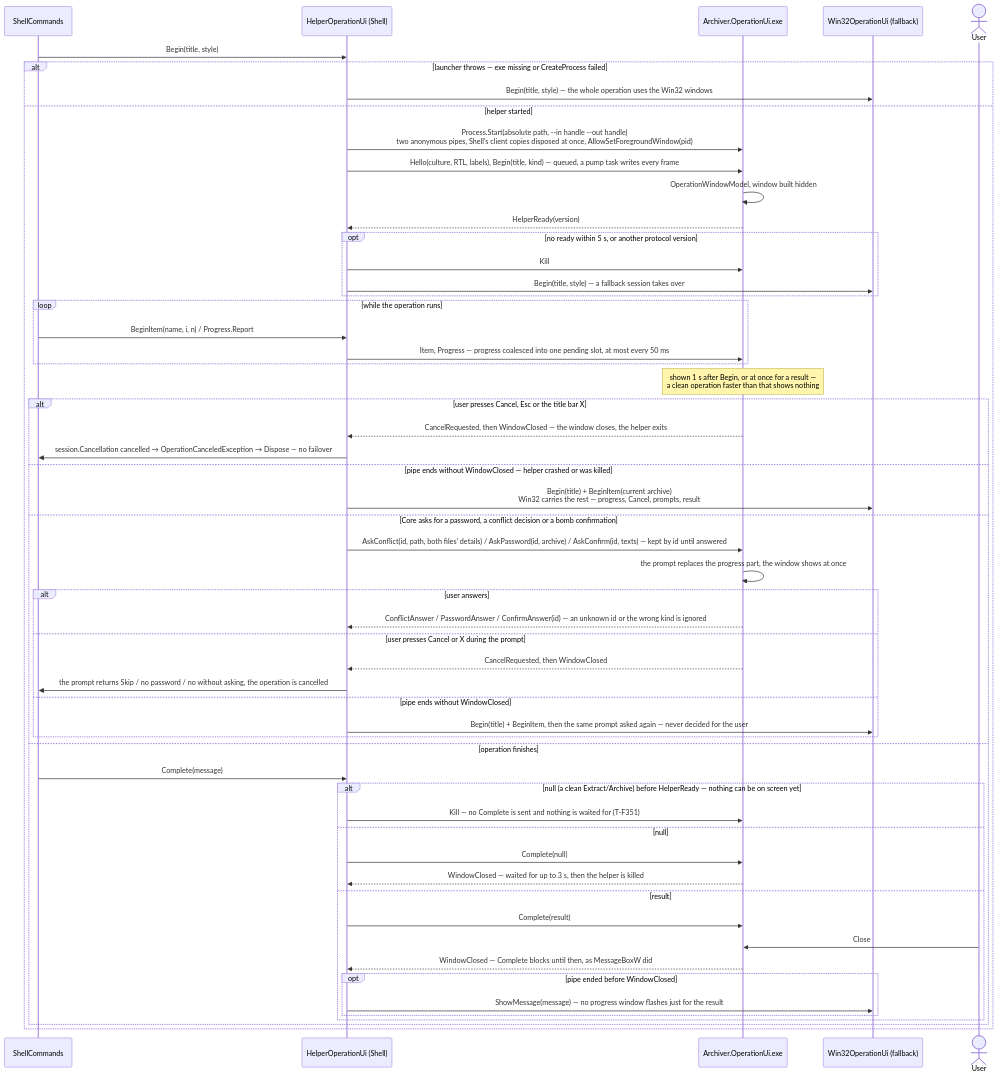
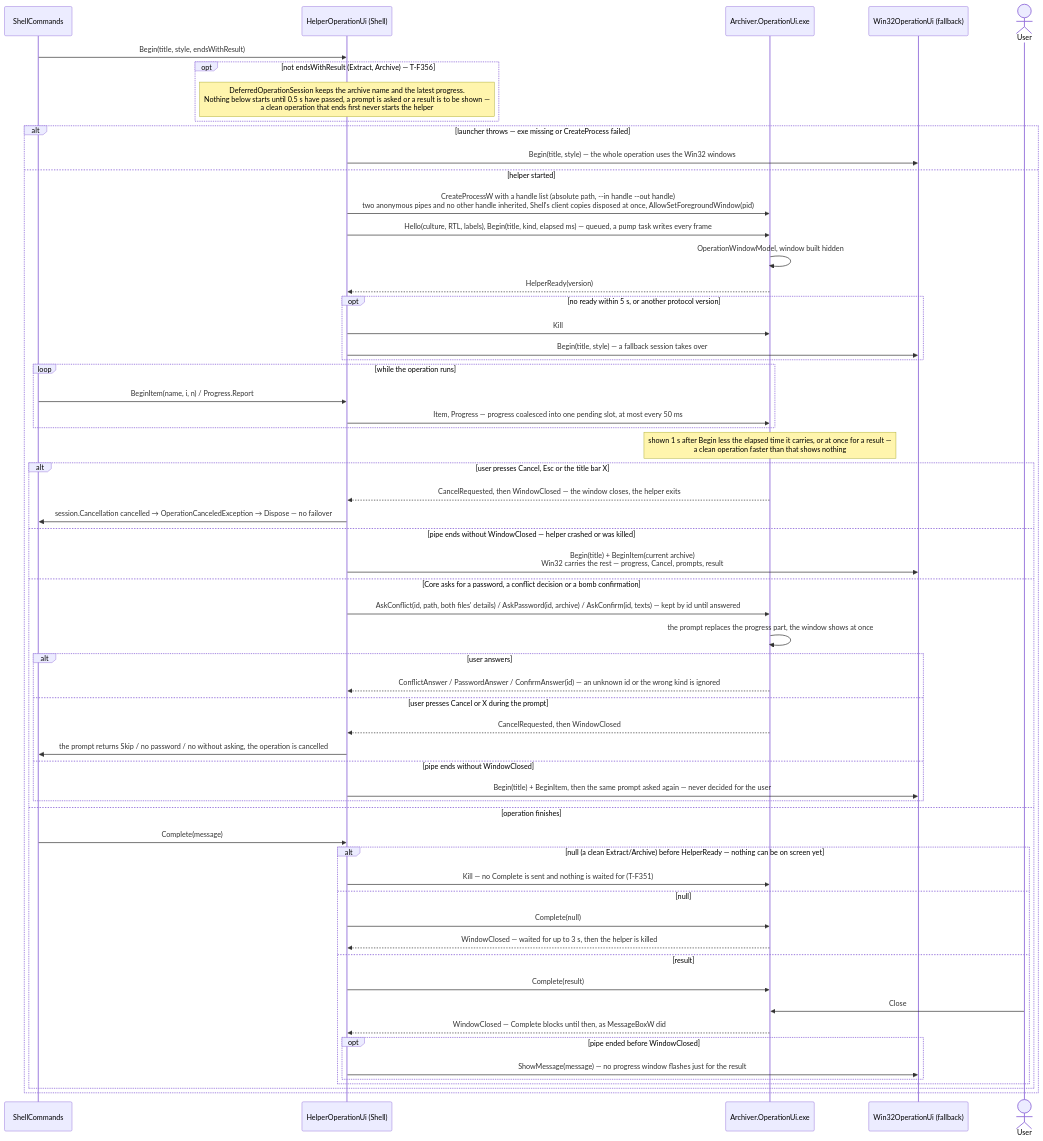
Before and after one commit to pakkoapp-oss/pakko: the ninth of 10 diagrams in docs/DIAGRAMS.md, drawn with Mermaid. The commit also changed other lines of this file and 20 other files, not shown here.

First line of the commit message:
perf(shell): the operation window helper starts only when the operation is not fast (T-F356)

````diff
--- a/docs/DIAGRAMS.md
+++ b/docs/DIAGRAMS.md
@@ -1026,59 +1027,62 @@
 ```mermaid
 sequenceDiagram
     participant Cmd as ShellCommands
     participant HUI as HelperOperationUi (Shell)
     participant H as Archiver.OperationUi.exe
     participant W as Win32OperationUi (fallback)
     actor User
 
-    Cmd->>HUI: Begin(title, style)
+    Cmd->>HUI: Begin(title, style, endsWithResult)
+    opt not endsWithResult (Extract, Archive) — T-F356
+        Note over HUI: DeferredOperationSession keeps the archive name and the latest progress.<br/>Nothing below starts until 0.5 s have passed, a prompt is asked or a result is to be shown —<br/>a clean operation that ends first never starts the helper
+    end
     alt launcher throws — exe missing or CreateProcess failed
         HUI->>W: Begin(title, style) — the whole operation uses the Win32 windows
     else helper started
-        HUI->>H: Process.Start(absolute path, --in handle --out handle)<br/>two anonymous pipes, Shell's client copies disposed at once, AllowSetForegroundWindow(pid)
-        HUI->>H: Hello(culture, RTL, labels), Begin(title, kind) — queued, a pump task writes every frame
+        HUI->>H: CreateProcessW with a handle list (absolute path, --in handle --out handle)<br/>two anonymous pipes and no other handle inherited, Shell's client copies disposed at once, AllowSetForegroundWindow(pid)
+        HUI->>H: Hello(culture, RTL, labels), Begin(title, kind, elapsed ms) — queued, a pump task writes every frame
         H->>H: OperationWindowModel, window built hidden
         H-->>HUI: HelperReady(version)
         opt no ready within 5 s, or another protocol version
             HUI->>H: Kill
             HUI->>W: Begin(title, style) — a fallback session takes over
         end
         loop while the operation runs
             Cmd->>HUI: BeginItem(name, i, n) / Progress.Report
             HUI->>H: Item, Progress — progress coalesced into one pending slot, at most every 50 ms
         end
-        Note over H: shown 1 s after Begin, or at once for a result —<br/>a clean operation faster than that shows nothing
+        Note over H: shown 1 s after Begin less the elapsed time it carries, or at once for a result —<br/>a clean operation faster than that shows nothing
         alt user presses Cancel, Esc or the title bar X
             H-->>HUI: CancelRequested, then WindowClosed — the window closes, the helper exits
             HUI->>Cmd: session.Cancellation cancelled → OperationCanceledException → Dispose — no failover
         else pipe ends without WindowClosed — helper crashed or was killed
             HUI->>W: Begin(title) + BeginItem(current archive)<br/>Win32 carries the rest — progress, Cancel, prompts, result
         else Core asks for a password, a conflict decision or a bomb confirmation
             HUI->>H: AskConflict(id, path, both files' details) / AskPassword(id, archive) / AskConfirm(id, texts) — kept by id until answered
             H->>H: the prompt replaces the progress part, the window shows at once
             alt user answers
                 H-->>HUI: ConflictAnswer / PasswordAnswer / ConfirmAnswer(id) — an unknown id or the wrong kind is ignored
             else user presses Cancel or X during the prompt
                 H-->>HUI: CancelRequested, then WindowClosed
                 HUI->>Cmd: the prompt returns Skip / no password / no without asking, the operation is cancelled
             else pipe ends without WindowClosed
                 HUI->>W: Begin(title) + BeginItem, then the same prompt asked again — never decided for the user
             end
         else operation finishes
             Cmd->>HUI: Complete(message)
             alt null (a clean Extract/Archive) before HelperReady — nothing can be on screen yet
                 HUI->>H: Kill — no Complete is sent and nothing is waited for (T-F351)
             else null
                 HUI->>H: Complete(null)
                 H-->>HUI: WindowClosed — waited for up to 3 s, then the helper is killed
             else result
                 HUI->>H: Complete(result)
                 User->>H: Close
                 H-->>HUI: WindowClosed — Complete blocks until then, as MessageBoxW did
                 opt pipe ended before WindowClosed
                     HUI->>W: ShowMessage(message) — no progress window flashes just for the result
                 end
             end
         end
     end
 ```
````
